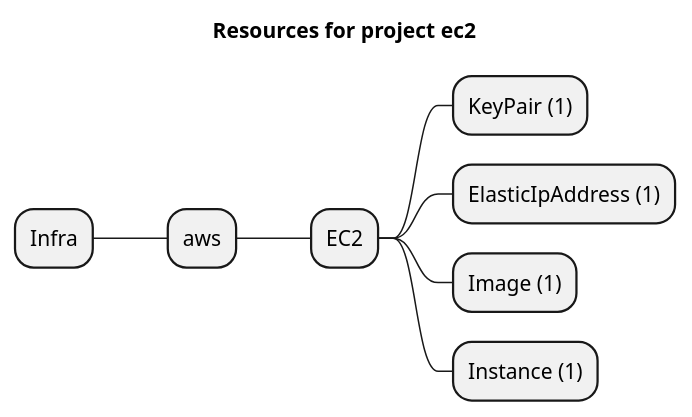
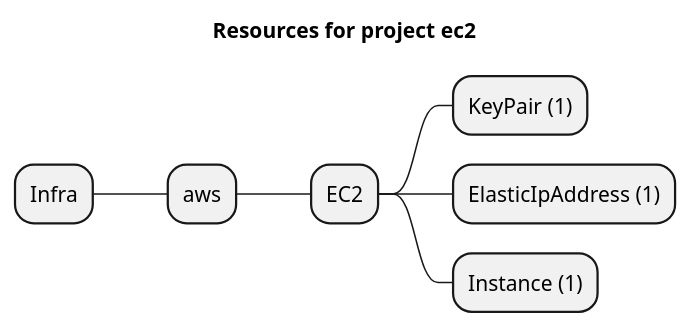
One commit to grucloud/grucloud changed the diagram in examples/aws/ec2/ec2/artifacts/resources-mindmap.puml. Above: the diagram before and after it, drawn with PlantUML. The commit also changed 288 other files, not shown here.

```diff
--- a/examples/aws/ec2/ec2/artifacts/resources-mindmap.puml
+++ b/examples/aws/ec2/ec2/artifacts/resources-mindmap.puml
@@ -1,11 +1,10 @@
 @startmindmap
 title Resources for project ec2
 skinparam monochrome true
 + Infra
 ++ aws
 +++ EC2
 ++++ KeyPair (1)
 ++++ ElasticIpAddress (1)
-++++ Image (1)
 ++++ Instance (1)
 @endmindmap
```
